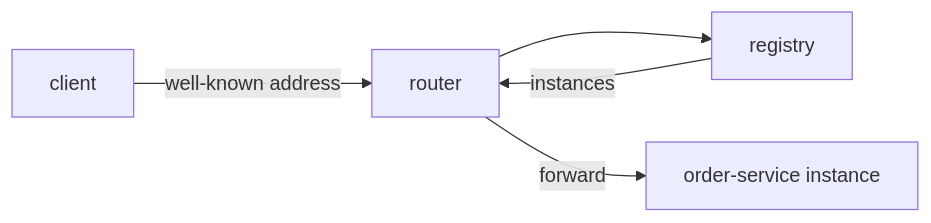
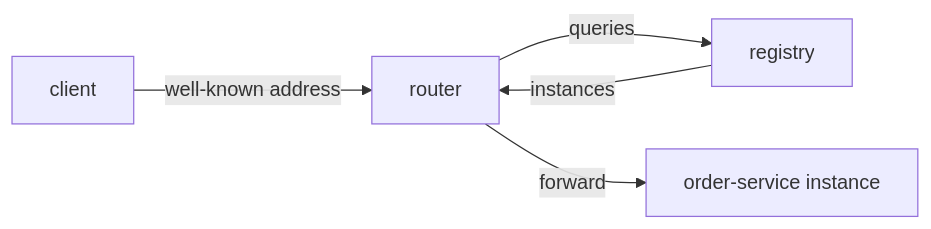
Before and after one commit to vinayakuber/microservices-io-study-guide: diagram 14 of 14 in docs/ch11-server-side-discovery.md, drawn with Mermaid. The commit also changed other lines of this file and 71 other files, not shown here.

First line of the commit message:
R18: label every diagram arrow with its meaning

````diff
--- a/docs/ch11-server-side-discovery.md
+++ b/docs/ch11-server-side-discovery.md
@@ -488,7 +488,7 @@
 ```mermaid
 flowchart LR
   C["client"] -->|"well-known address"| R["router"]
-  R --> REG["registry"]
+  R -->|"queries"| REG["registry"]
   REG -->|"instances"| R
   R -->|"forward"| SVC["order-service instance"]
 ```
````
